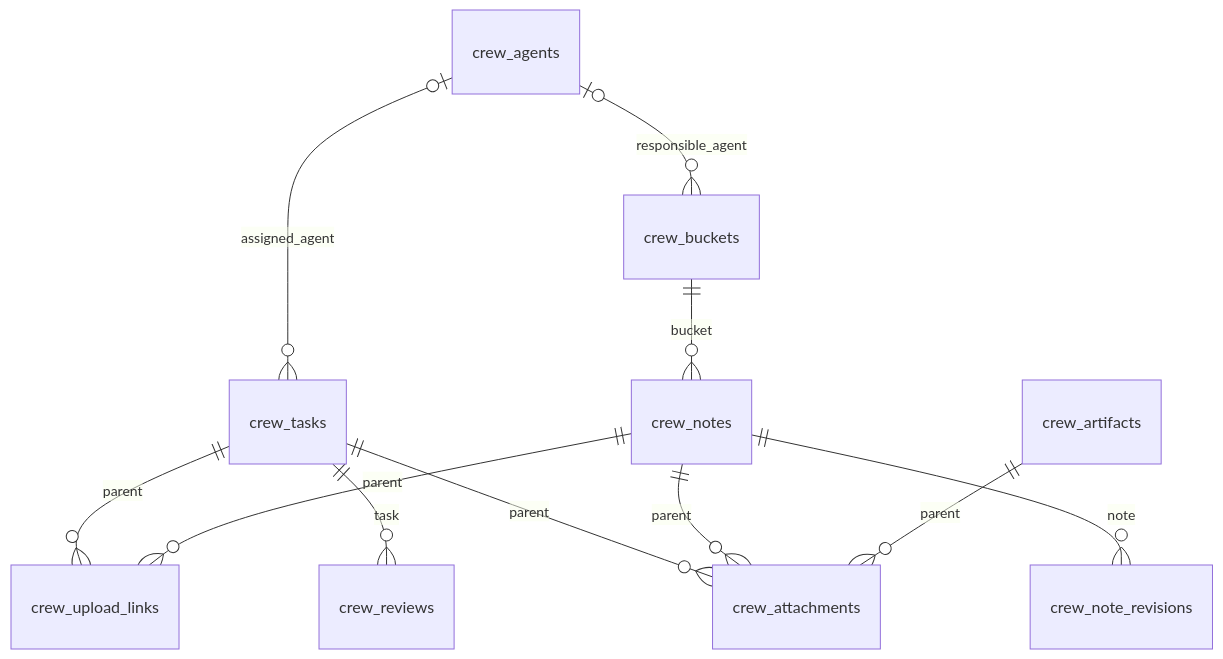
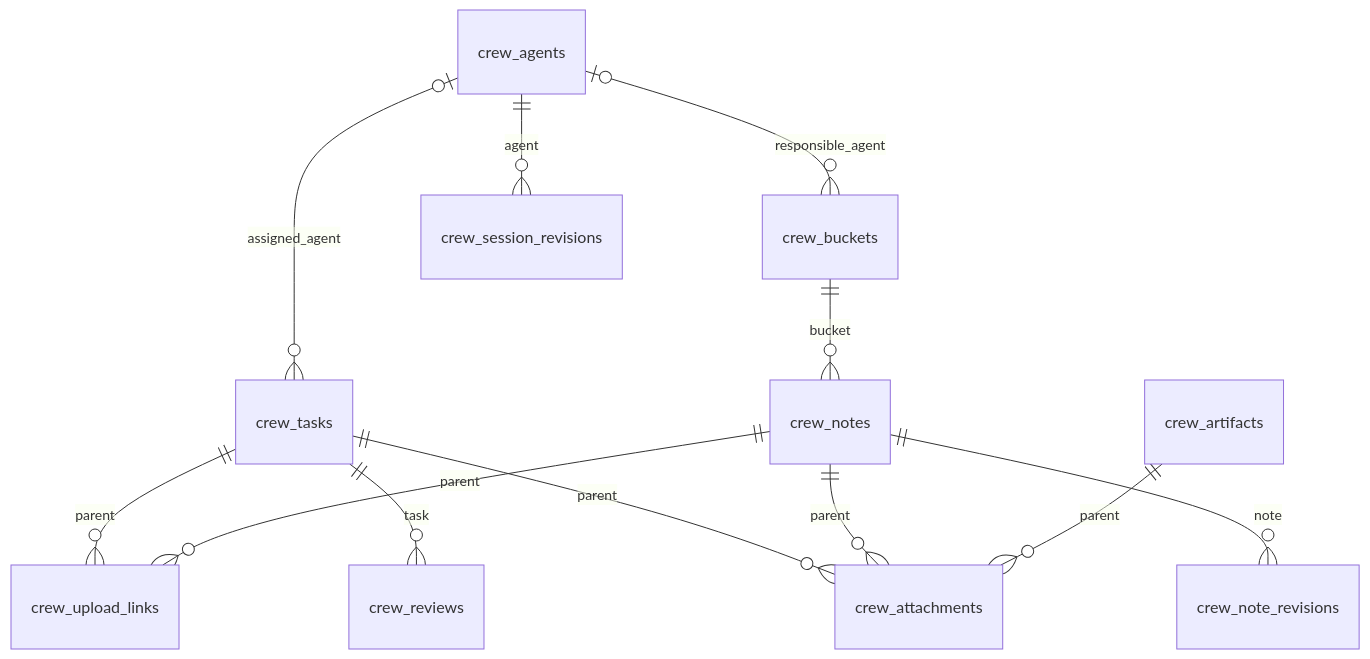
Before and after one commit to pocketcontext-labs/pocketcontext-crew: the diagram in docs/data-model.md, drawn with Mermaid. The commit also changed other lines of this file and 27 other files, not shown here.

First line of the commit message:
Make session instructions editable, by hand or through an agent

````diff
--- a/docs/data-model.md
+++ b/docs/data-model.md
@@ -7,13 +7,14 @@
 ```mermaid
 erDiagram
   crew_agents o|--o{ crew_buckets : responsible_agent
   crew_buckets ||--o{ crew_notes : bucket
   crew_notes ||--o{ crew_note_revisions : note
+  crew_agents ||--o{ crew_session_revisions : agent
   crew_agents o|--o{ crew_tasks : assigned_agent
   crew_tasks ||--o{ crew_reviews : task
   crew_tasks ||--o{ crew_attachments : parent
   crew_notes ||--o{ crew_attachments : parent
   crew_tasks ||--o{ crew_upload_links : parent
   crew_notes ||--o{ crew_upload_links : parent
   crew_artifacts ||--o{ crew_attachments : parent
 ```
````
